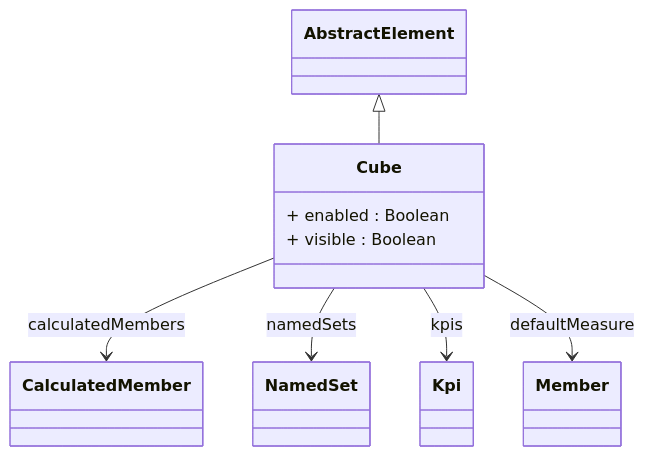
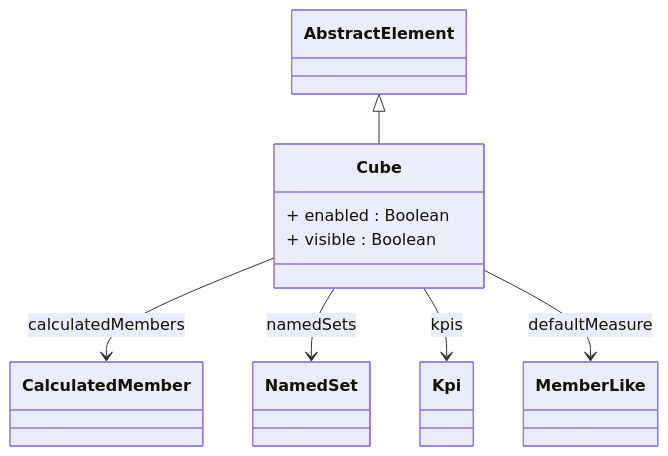
One commit to eclipse-daanse/eclipse-daanse.github.io changed the diagram in docs/cubeserver/model/class-Cube.md. Above: the diagram before and after it, drawn with Mermaid. The commit also changed other lines of this file and 138 other files, not shown here.

````diff
--- a/docs/cubeserver/model/class-Cube.md
+++ b/docs/cubeserver/model/class-Cube.md
@@ -117,14 +119,14 @@
 ```mermaid
 classDiagram
   class Cube {
     + enabled : Boolean
     + visible : Boolean
   }
 
   AbstractElement <|-- Cube
   Cube --> CalculatedMember : calculatedMembers
   Cube --> NamedSet : namedSets
   Cube --> Kpi : kpis
-  Cube --> Member : defaultMeasure
+  Cube --> MemberLike : defaultMeasure
 
 ```
````
